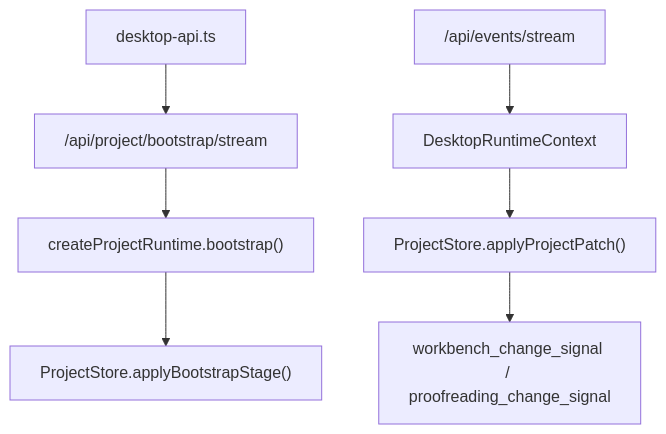
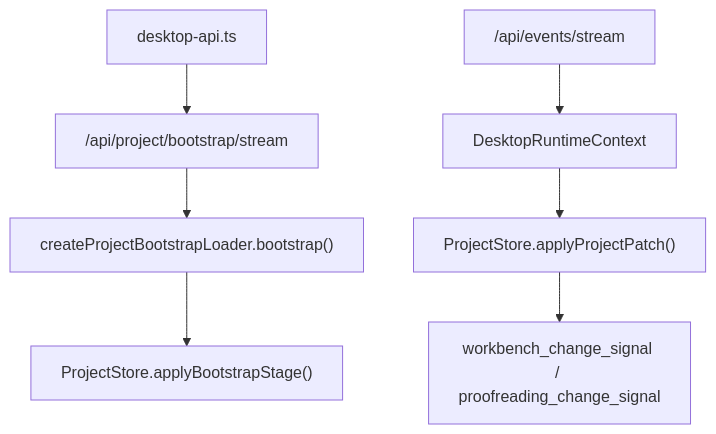
Before and after one commit to neavo/LinguaGacha: the second of 2 diagrams in docs/FRONTEND.md, drawn with Mermaid. The commit also changed other lines of this file and 240 other files, not shown here.

````diff
--- a/docs/FRONTEND.md
+++ b/docs/FRONTEND.md
@@ -57,9 +57,9 @@
 ```mermaid
 flowchart TD
     A["desktop-api.ts"] --> B["/api/project/bootstrap/stream"]
-    B --> C["createProjectRuntime.bootstrap()"]
+    B --> C["createProjectBootstrapLoader.bootstrap()"]
     C --> D["ProjectStore.applyBootstrapStage()"]
     E["/api/events/stream"] --> F["DesktopRuntimeContext"]
     F --> G["ProjectStore.applyProjectPatch()"]
     G --> H["workbench_change_signal / proofreading_change_signal"]
 ```
````
